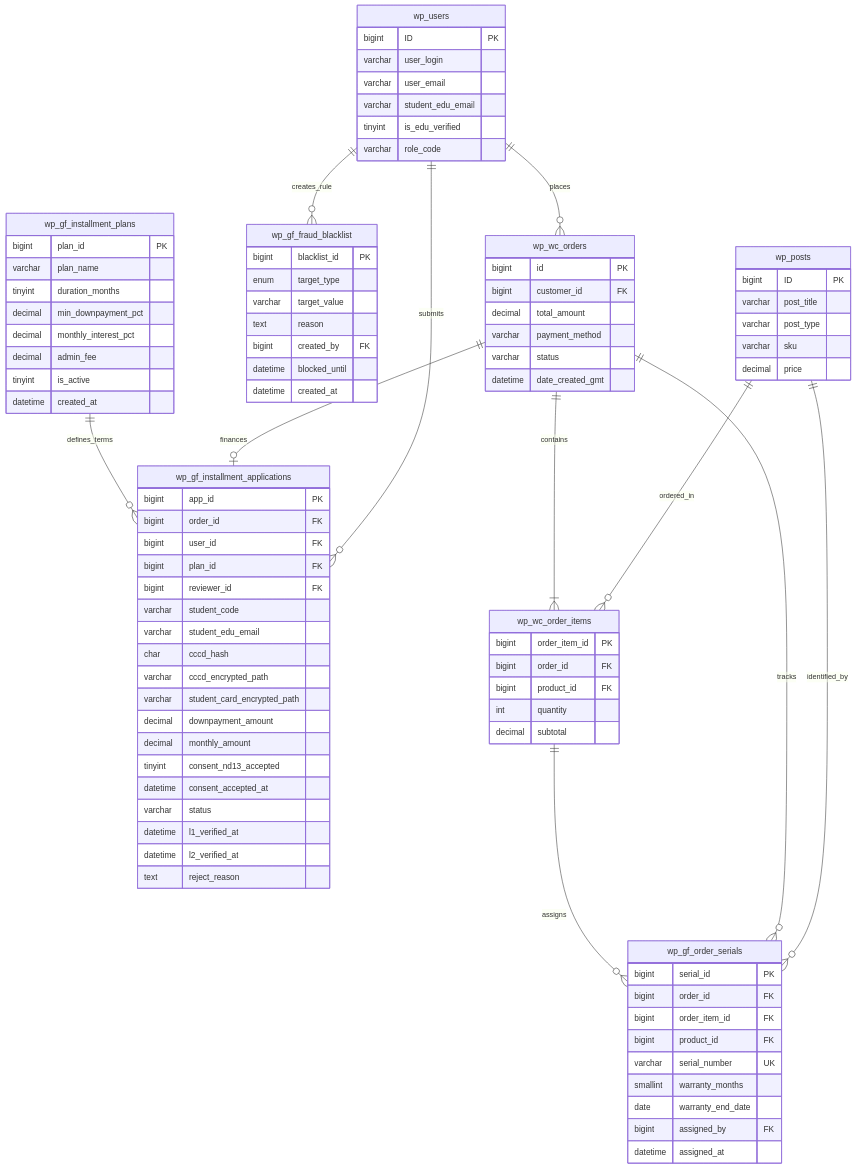
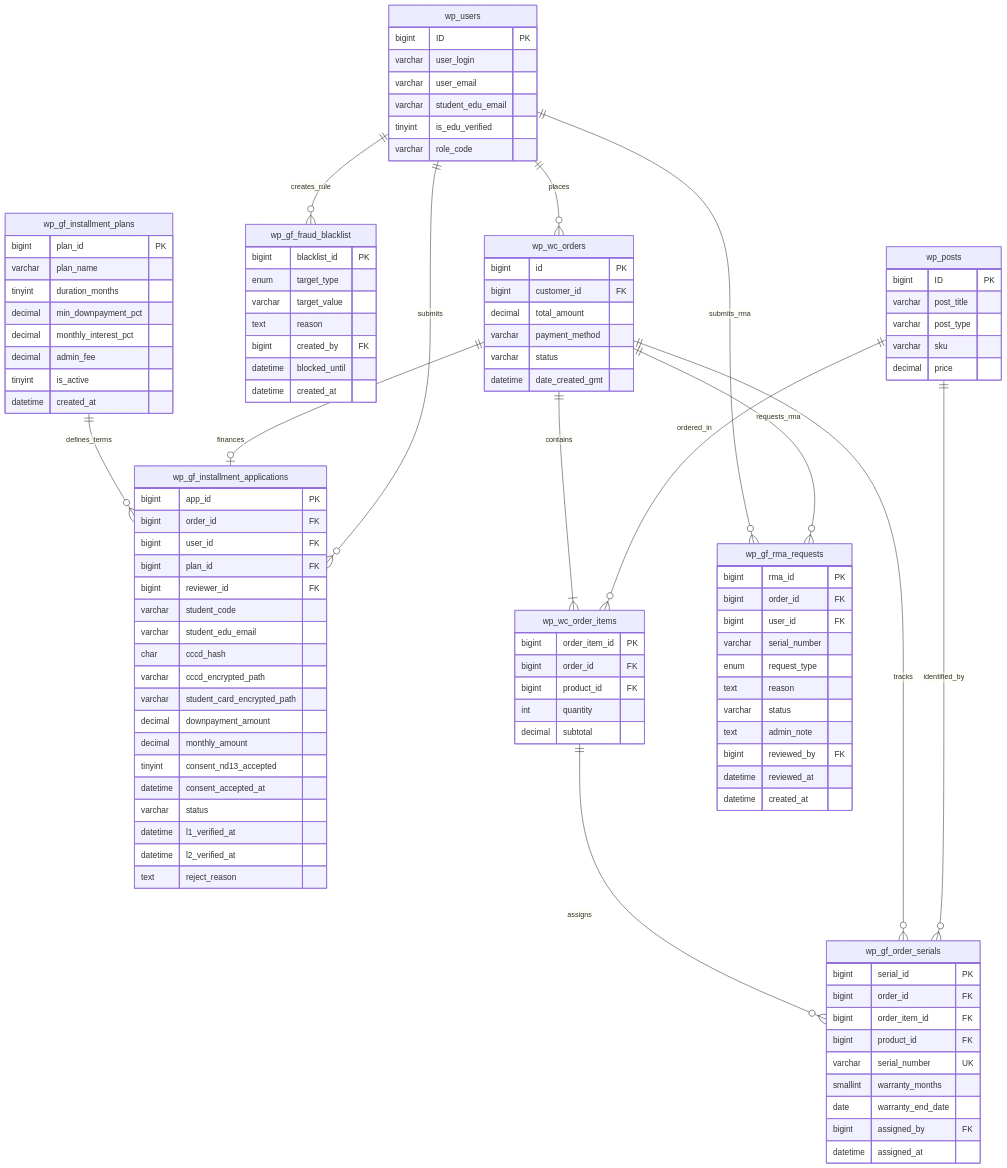
The diagram in 2. Quy ước và Sơ đồ UML/role4_diagrams/ERD_GearForge_Role4.mmd (nguyenthanhtri5h-bot/EC312-GearForge-HeThongTMDT), drawn with Mermaid before and after one commit. The commit also changed 10 other files, not shown here.

Commit message:
feat(role4): bổ sung REST API nộp hồ sơ trả góp, module Đổi trả RMA và cập nhật ERD, Class Diagram, báo cáo Word

```diff
--- a/2. Quy ước và Sơ đồ UML/role4_diagrams/ERD_GearForge_Role4.mmd
+++ b/2. Quy ước và Sơ đồ UML/role4_diagrams/ERD_GearForge_Role4.mmd
@@ -1,99 +1,115 @@
 erDiagram
     wp_users ||--o{ wp_wc_orders : places
     wp_users ||--o{ wp_gf_installment_applications : submits
     wp_users ||--o{ wp_gf_fraud_blacklist : creates_rule
     wp_posts ||--o{ wp_wc_order_items : ordered_in
     wp_posts ||--o{ wp_gf_order_serials : identified_by
     wp_wc_orders ||--|{ wp_wc_order_items : contains
     wp_wc_orders ||--o| wp_gf_installment_applications : finances
     wp_wc_orders ||--o{ wp_gf_order_serials : tracks
+    wp_wc_orders ||--o{ wp_gf_rma_requests : requests_rma
+    wp_users ||--o{ wp_gf_rma_requests : submits_rma
     wp_wc_order_items ||--o{ wp_gf_order_serials : assigns
     wp_gf_installment_plans ||--o{ wp_gf_installment_applications : defines_terms
 
     wp_users {
         bigint ID PK
         varchar user_login
         varchar user_email
         varchar student_edu_email
         tinyint is_edu_verified
         varchar role_code
     }
 
     wp_posts {
         bigint ID PK
         varchar post_title
         varchar post_type
         varchar sku
         decimal price
     }
 
     wp_wc_orders {
         bigint id PK
         bigint customer_id FK
         decimal total_amount
         varchar payment_method
         varchar status
         datetime date_created_gmt
     }
 
     wp_wc_order_items {
         bigint order_item_id PK
         bigint order_id FK
         bigint product_id FK
         int quantity
         decimal subtotal
     }
 
     wp_gf_installment_plans {
         bigint plan_id PK
         varchar plan_name
         tinyint duration_months
         decimal min_downpayment_pct
         decimal monthly_interest_pct
         decimal admin_fee
         tinyint is_active
         datetime created_at
     }
 
     wp_gf_installment_applications {
         bigint app_id PK
         bigint order_id FK
         bigint user_id FK
         bigint plan_id FK
         bigint reviewer_id FK
         varchar student_code
         varchar student_edu_email
         char cccd_hash
         varchar cccd_encrypted_path
         varchar student_card_encrypted_path
         decimal downpayment_amount
         decimal monthly_amount
         tinyint consent_nd13_accepted
         datetime consent_accepted_at
         varchar status
         datetime l1_verified_at
         datetime l2_verified_at
         text reject_reason
     }
 
     wp_gf_order_serials {
         bigint serial_id PK
         bigint order_id FK
         bigint order_item_id FK
         bigint product_id FK
         varchar serial_number UK
         smallint warranty_months
         date warranty_end_date
         bigint assigned_by FK
         datetime assigned_at
     }
 
     wp_gf_fraud_blacklist {
         bigint blacklist_id PK
         enum target_type
         varchar target_value
         text reason
         bigint created_by FK
         datetime blocked_until
         datetime created_at
     }
+
+    wp_gf_rma_requests {
+        bigint rma_id PK
+        bigint order_id FK
+        bigint user_id FK
+        varchar serial_number
+        enum request_type
+        text reason
+        varchar status
+        text admin_note
+        bigint reviewed_by FK
+        datetime reviewed_at
+        datetime created_at
+    }
```
